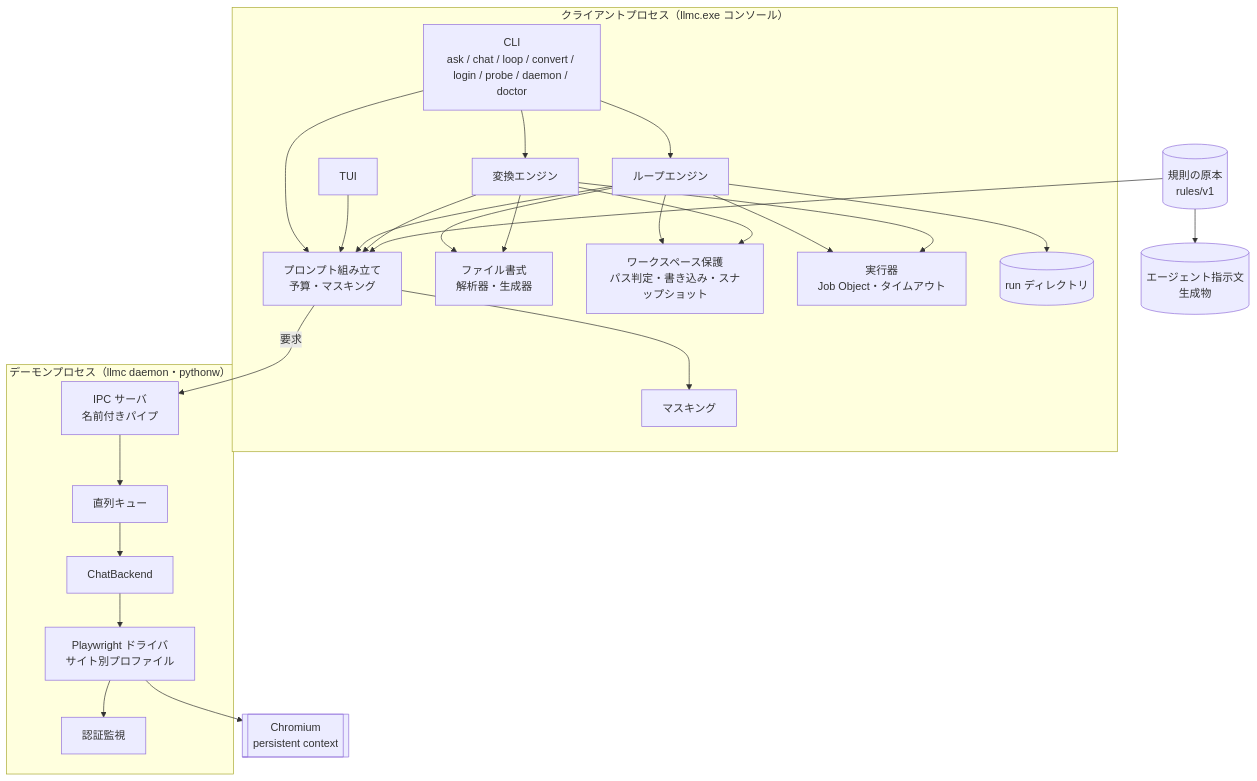
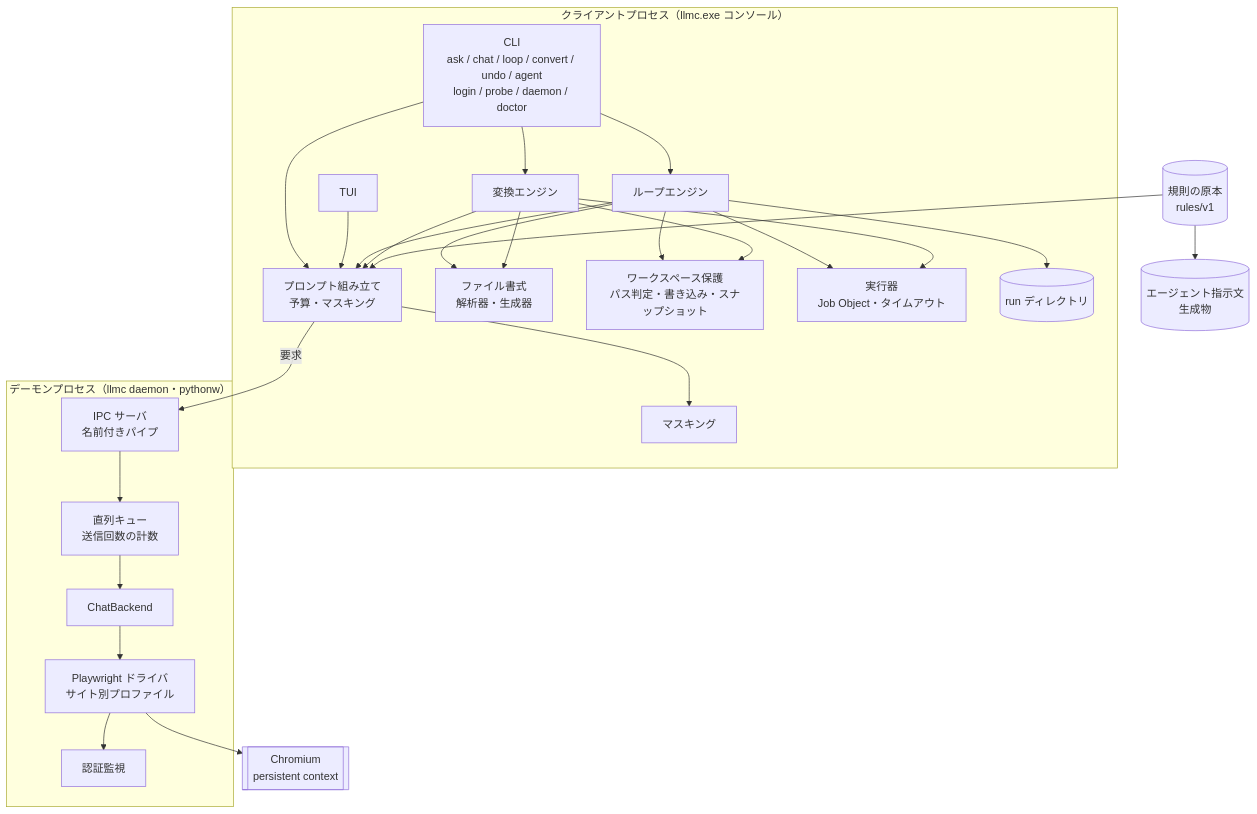
The first of 3 diagrams in docs/architecture.md (ip-sandbox/llmc), drawn with Mermaid before and after one commit. The commit also changed other lines of this file and 6 other files, not shown here.

````diff
--- a/docs/architecture.md
+++ b/docs/architecture.md
@@ -13,36 +14,36 @@
 ```mermaid
 flowchart TB
   subgraph Client["クライアントプロセス（llmc.exe コンソール）"]
-    CLI[CLI<br/>ask / chat / loop / convert / login / probe / daemon / doctor]
+    CLI[CLI<br/>ask / chat / loop / convert / undo / agent<br/>login / probe / daemon / doctor]
     TUI[TUI]
     PB[プロンプト組み立て<br/>予算・マスキング]
     FP[ファイル書式<br/>解析器・生成器]
     WG[ワークスペース保護<br/>パス判定・書き込み・スナップショット]
     LE[ループエンジン]
     CE[変換エンジン]
     EX[実行器<br/>Job Object・タイムアウト]
     MK[マスキング]
     RS[(run ディレクトリ)]
   end
   subgraph Daemon["デーモンプロセス（llmc daemon・pythonw）"]
     SRV[IPC サーバ<br/>名前付きパイプ]
-    Q[直列キュー]
+    Q[直列キュー<br/>送信回数の計数]
     BE[ChatBackend]
     PW[Playwright ドライバ<br/>サイト別プロファイル]
     AU[認証監視]
   end
   BR[[Chromium<br/>persistent context]]
   RULES[(規則の原本<br/>rules/v1)]
   AG[(エージェント指示文<br/>生成物)]
 
   CLI --> PB --> MK
   TUI --> PB
   CLI --> LE & CE
   LE --> PB & FP & WG & EX & RS
   CE --> PB & FP & WG & EX
   PB -->|要求| SRV
   SRV --> Q --> BE --> PW --> BR
   PW --> AU
   RULES --> PB
   RULES --> AG
 ```
````
